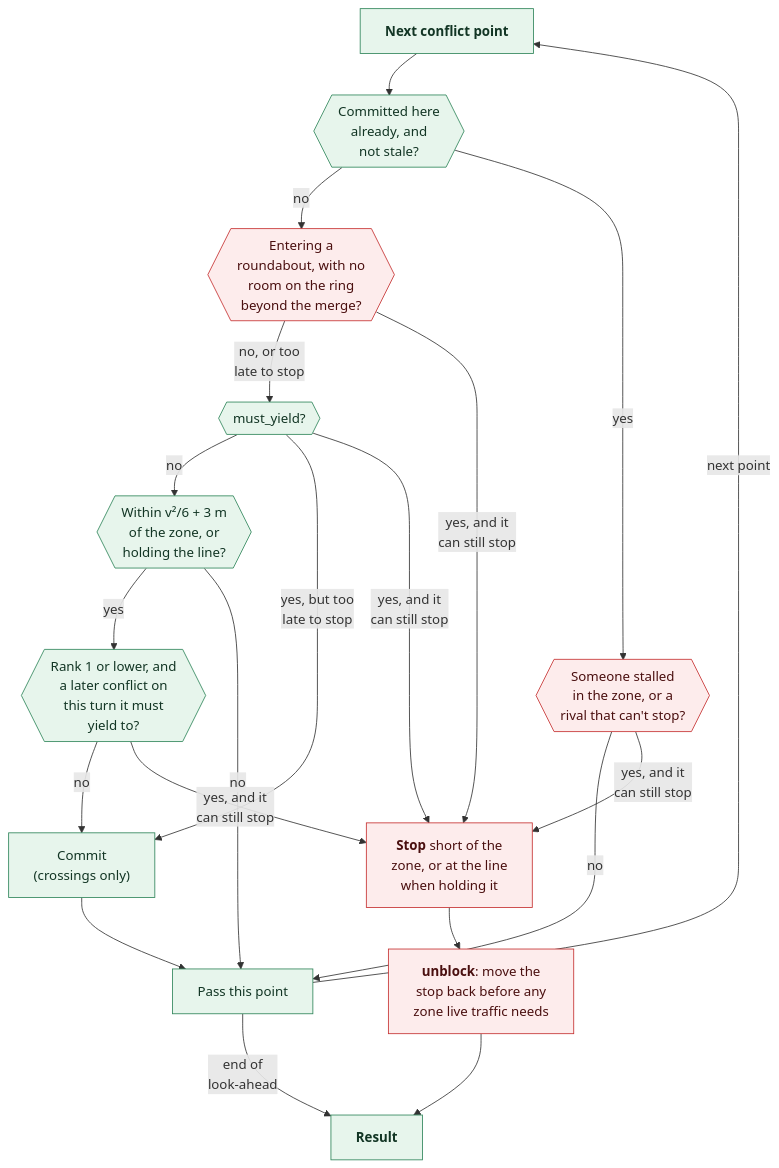
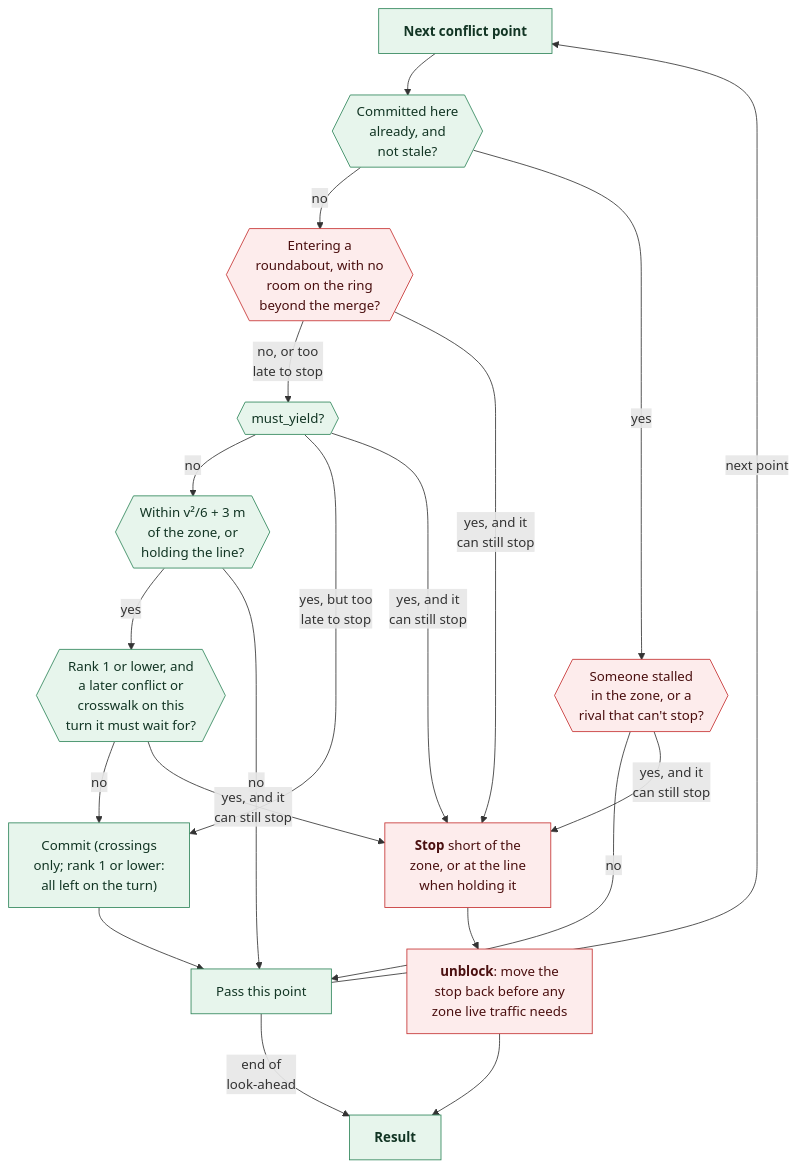
One commit to schreck61/intersection-lab changed the sixth of 22 diagrams in docs/architecture.md. Above: the diagram before and after it, drawn with Mermaid. The commit also changed other lines of this file and 4 other files, not shown here.

````diff
--- a/docs/architecture.md
+++ b/docs/architecture.md
@@ -666,37 +674,37 @@
 ```mermaid
 flowchart TB
     E["<b>Next conflict point</b>"]
     F{{"Committed here<br/>already, and<br/>not stale?"}}
     RING{{"Entering a<br/>roundabout, with no<br/>room on the ring<br/>beyond the merge?"}}
     H{{"must_yield?"}}
     I{{"Within v²/6 + 3 m<br/>of the zone, or<br/>holding the line?"}}
-    J{{"Rank 1 or lower, and<br/>a later conflict on<br/>this turn it must<br/>yield to?"}}
-    K["Commit<br/>(crossings only)"]
+    J{{"Rank 1 or lower, and<br/>a later conflict or<br/>crosswalk on this<br/>turn it must wait for?"}}
+    K["Commit (crossings<br/>only; rank 1 or lower:<br/>all left on the turn)"]
     PASS["Pass this point"]
     G{{"Someone stalled<br/>in the zone, or a<br/>rival that can't stop?"}}
     STOP["<b>Stop</b> short of the<br/>zone, or at the line<br/>when holding it"]
     U["<b>unblock</b>: move the<br/>stop back before any<br/>zone live traffic needs"]
     R["<b>Result</b>"]
     E --> F
     F -->|no| RING
     RING -->|"no, or too<br/>late to stop"| H
     H -->|no| I
     I -->|yes| J
     J -->|no| K
     K --> PASS
     F -->|yes| G
     H -->|"yes, but too<br/>late to stop"| K
     I -->|no| PASS
     G -->|no| PASS
     G -->|"yes, and it<br/>can still stop"| STOP
     RING -->|"yes, and it<br/>can still stop"| STOP
     H -->|"yes, and it<br/>can still stop"| STOP
     J -->|"yes, and it<br/>can still stop"| STOP
     PASS -->|"next point"| E
     STOP --> U --> R
     PASS -->|"end of<br/>look-ahead"| R
     classDef sim fill:#e7f5ec,stroke:#2f855a,color:#123524
     classDef safe fill:#fdecec,stroke:#c53030,color:#4a0f0f
     class E,F,H,I,J,K,PASS,R sim
     class G,RING,STOP,U safe
 ```
````
